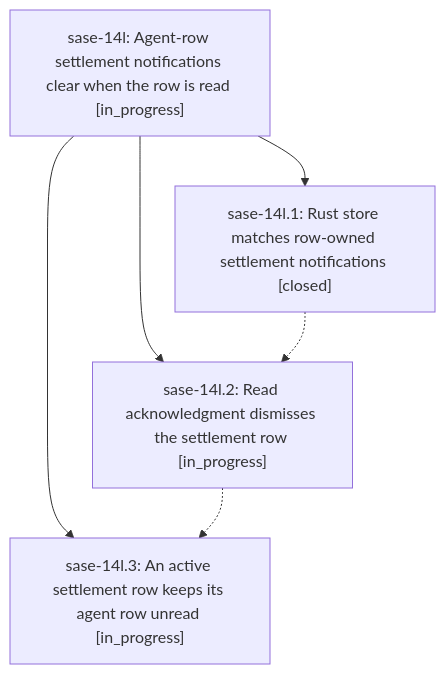
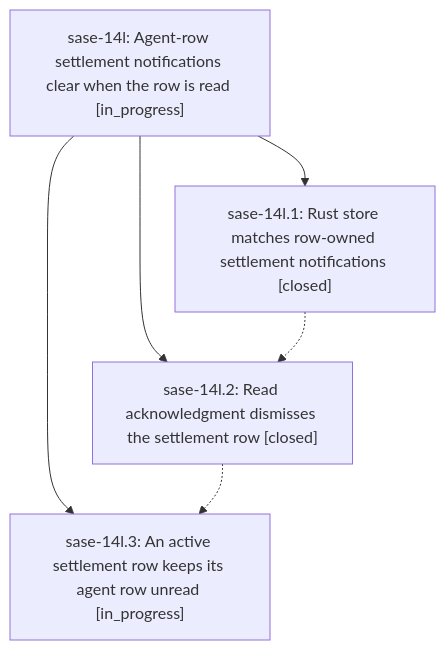
The diagram in pages/sase-14l/README.md (sase-org/sase--beads), drawn with Mermaid before and after one commit. The commit also changed other lines of this file and 3 other files, not shown here.

````diff
--- a/pages/sase-14l/README.md
+++ b/pages/sase-14l/README.md
@@ -36,12 +36,12 @@
 ```mermaid
 flowchart TD
     n0["sase-14l: Agent-row settlement notifications clear when the row is read [in_progress]"]
     n1["sase-14l.1: Rust store matches row-owned settlement notifications [closed]"]
-    n2["sase-14l.2: Read acknowledgment dismisses the settlement row [in_progress]"]
+    n2["sase-14l.2: Read acknowledgment dismisses the settlement row [closed]"]
     n3["sase-14l.3: An active settlement row keeps its agent row unread [in_progress]"]
     n0 --> n1
     n0 --> n2
     n0 --> n3
     n1 -.-> n2
     n2 -.-> n3
 ```
````
